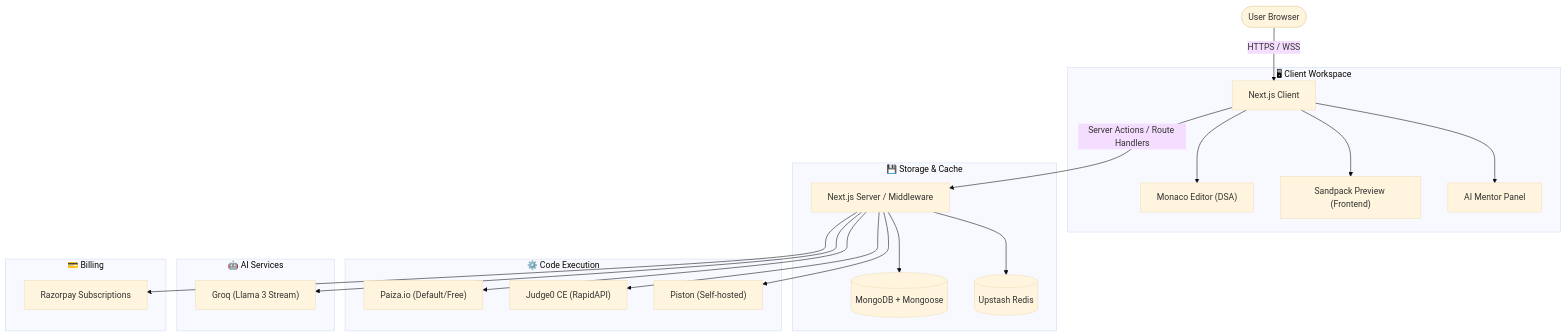
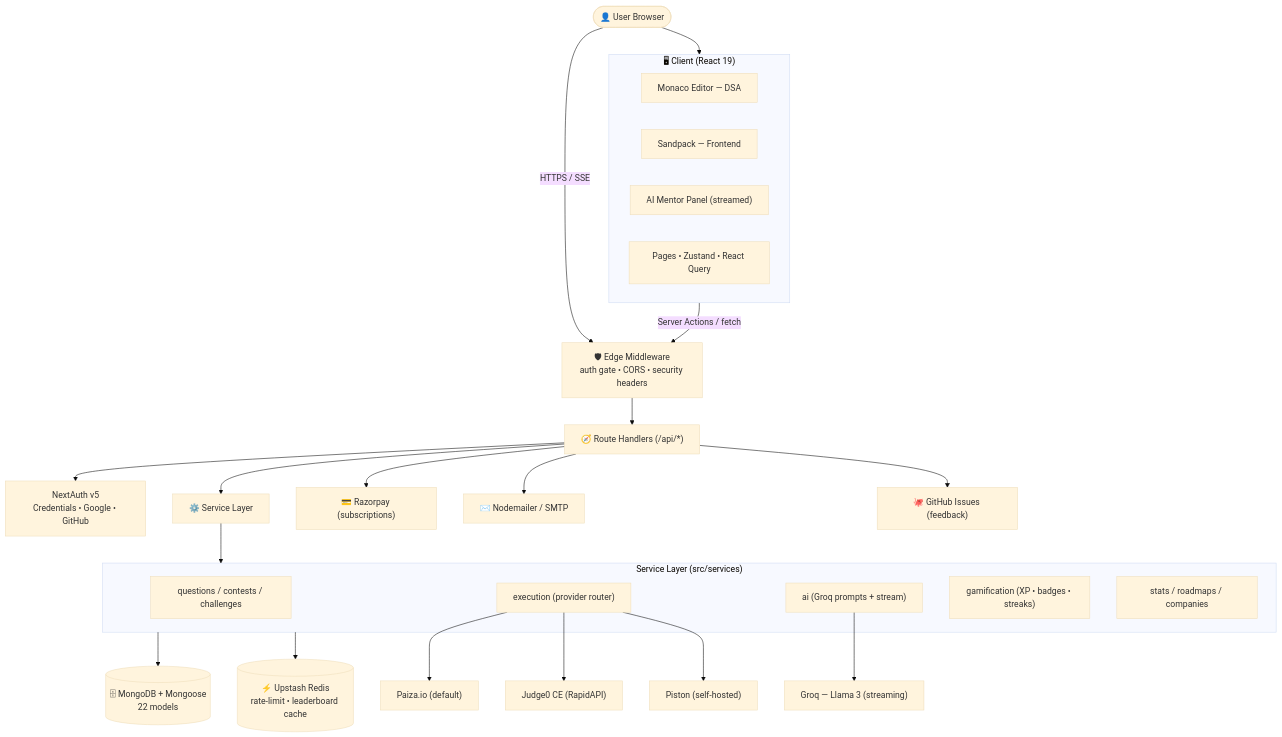
One commit to nitheeshdr/codeforge-ai changed the first of 2 diagrams in README.md. Above: the diagram before and after it, drawn with Mermaid (base theme). The commit also changed other lines of this file, not shown here.

Commit message:
Expand README with detailed system architecture (topology, request lifecycle, execution & AI pipelines)

````diff
--- a/README.md
+++ b/README.md
@@ -36,31 +38,40 @@
 ```mermaid
 graph TD
-    User([User Browser]) -->|HTTPS / WSS| FE[Next.js Client]
+    User(["👤 User Browser"]) -->|HTTPS / SSE| Edge
 
-    subgraph ClientWorkspace ["🖥 Client Workspace"]
-        FE --> Editor["Monaco Editor (DSA)"]
-        FE --> Sandbox["Sandpack Preview (Frontend)"]
-        FE --> AIChat["AI Mentor Panel"]
+    subgraph Client ["🖥 Client (React 19)"]
+        Editor["Monaco Editor — DSA"]
+        Sandbox["Sandpack — Frontend"]
+        AIChat["AI Mentor Panel (streamed)"]
+        UI["Pages • Zustand • React Query"]
     end
+    User --> Client
 
-    FE -->|Server Actions / Route Handlers| API[Next.js Server / Middleware]
+    Edge["🛡 Edge Middleware<br/>auth gate • CORS • security headers"]
+    Client -->|Server Actions / fetch| Edge
+    Edge --> Routes["🧭 Route Handlers (/api/*)"]
 
-    subgraph Storage ["💾 Storage & Cache"]
-        API --> DB[("MongoDB + Mongoose")]
-        API --> Redis[("Upstash Redis")]
+    Routes --> Auth["NextAuth v5<br/>Credentials • Google • GitHub"]
+    Routes --> Services["⚙️ Service Layer"]
+
+    subgraph Services2 ["Service Layer (src/services)"]
+        Q["questions / contests / challenges"]
+        Exec["execution (provider router)"]
+        AIsvc["ai (Groq prompts + stream)"]
+        Game["gamification (XP • badges • streaks)"]
+        Stats["stats / roadmaps / companies"]
     end
+    Services --> Services2
 
-    subgraph Execution ["⚙️ Code Execution"]
-        API --> Paiza["Paiza.io (Default/Free)"]
-        API --> Judge0["Judge0 CE (RapidAPI)"]
-        API --> Piston["Piston (Self-hosted)"]
-    end
+    Services2 --> DB[("🗄 MongoDB + Mongoose<br/>22 models")]
+    Services2 --> Redis[("⚡ Upstash Redis<br/>rate-limit • leaderboard cache")]
 
-    subgraph AI ["🤖 AI Services"]
-        API --> Groq["Groq (Llama 3 Stream)"]
-    end
+    Exec --> Paiza["Paiza.io (default)"]
+    Exec --> Judge0["Judge0 CE (RapidAPI)"]
+    Exec --> Piston["Piston (self-hosted)"]
 
-    subgraph Payments ["💳 Billing"]
-        API --> Razorpay["Razorpay Subscriptions"]
-    end
+    AIsvc --> Groq["Groq — Llama 3 (streaming)"]
+    Routes --> Razorpay["💳 Razorpay (subscriptions)"]
+    Routes --> Mailer["✉️ Nodemailer / SMTP"]
+    Routes --> GH["🐙 GitHub Issues (feedback)"]
 ```
````
